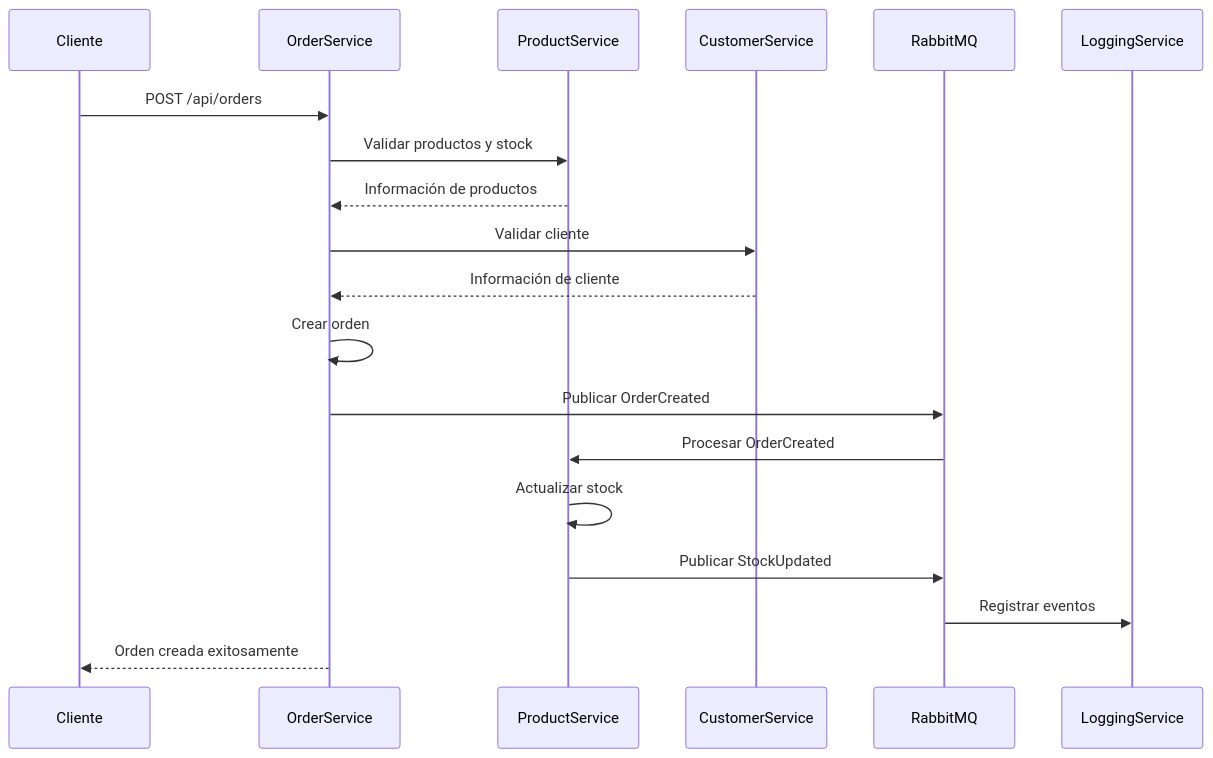
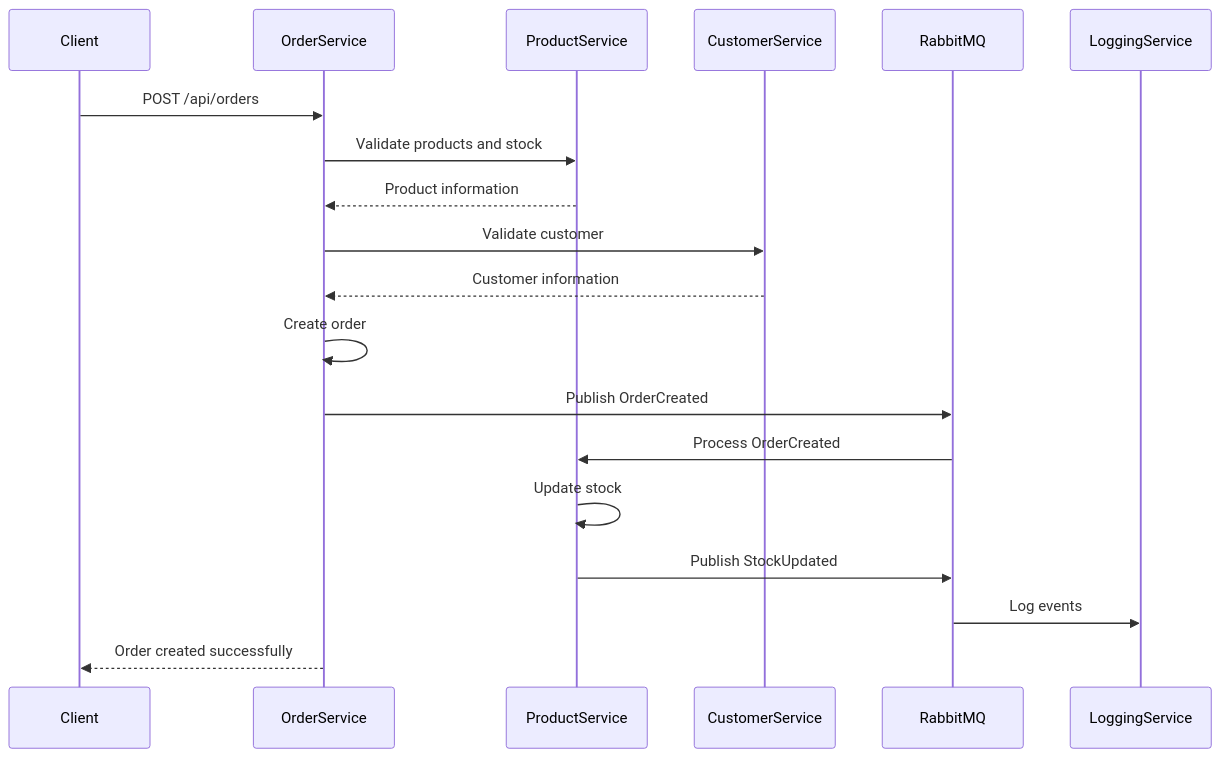
One commit to juliankgp/order-management-system changed the diagram in README.md. Above: the diagram before and after it, drawn with Mermaid. The commit also changed other lines of this file and 20 other files, not shown here.

````diff
--- a/README.md
+++ b/README.md
@@ -234,22 +239,22 @@
 ```mermaid
 sequenceDiagram
-    participant C as Cliente
+    participant C as Client
     participant OS as OrderService
     participant PS as ProductService
     participant CS as CustomerService
     participant MQ as RabbitMQ
     participant LS as LoggingService
 
     C->>OS: POST /api/orders
-    OS->>PS: Validar productos y stock
-    PS-->>OS: Información de productos
-    OS->>CS: Validar cliente
-    CS-->>OS: Información de cliente
-    OS->>OS: Crear orden
-    OS->>MQ: Publicar OrderCreated
-    MQ->>PS: Procesar OrderCreated
-    PS->>PS: Actualizar stock
-    PS->>MQ: Publicar StockUpdated
-    MQ->>LS: Registrar eventos
-    OS-->>C: Orden creada exitosamente
+    OS->>PS: Validate products and stock
+    PS-->>OS: Product information
+    OS->>CS: Validate customer
+    CS-->>OS: Customer information
+    OS->>OS: Create order
+    OS->>MQ: Publish OrderCreated
+    MQ->>PS: Process OrderCreated
+    PS->>PS: Update stock
+    PS->>MQ: Publish StockUpdated
+    MQ->>LS: Log events
+    OS-->>C: Order created successfully
 ```
````
